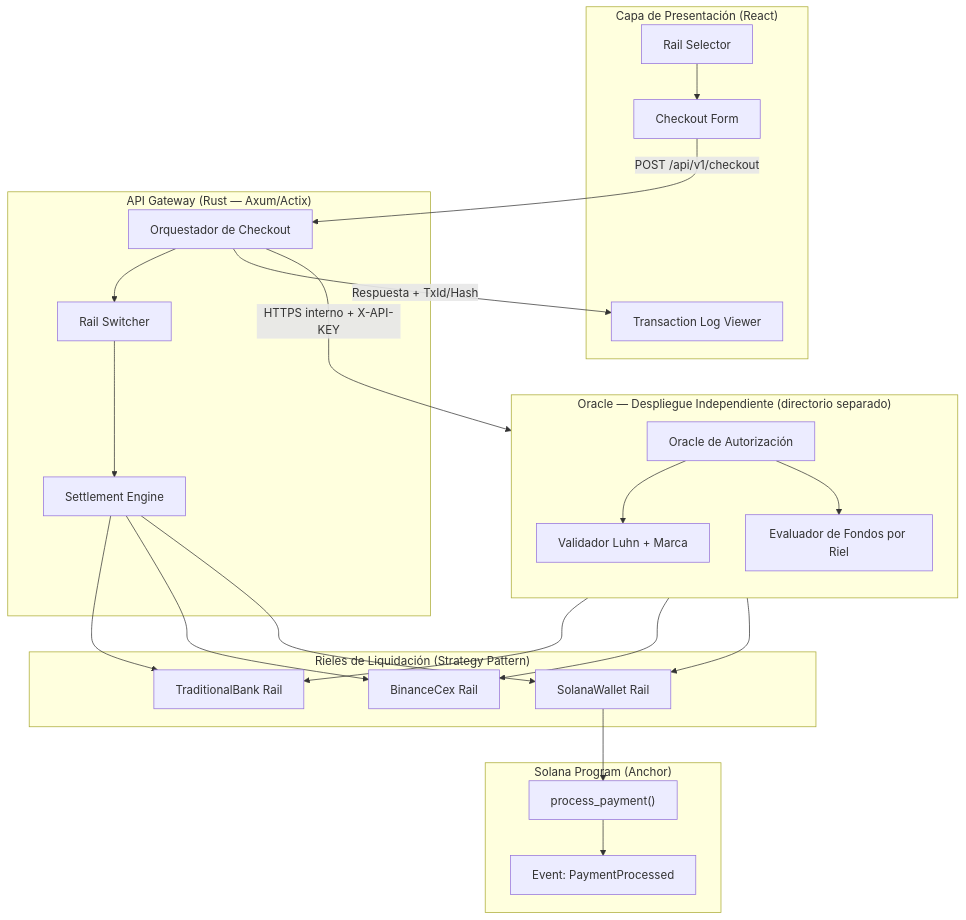
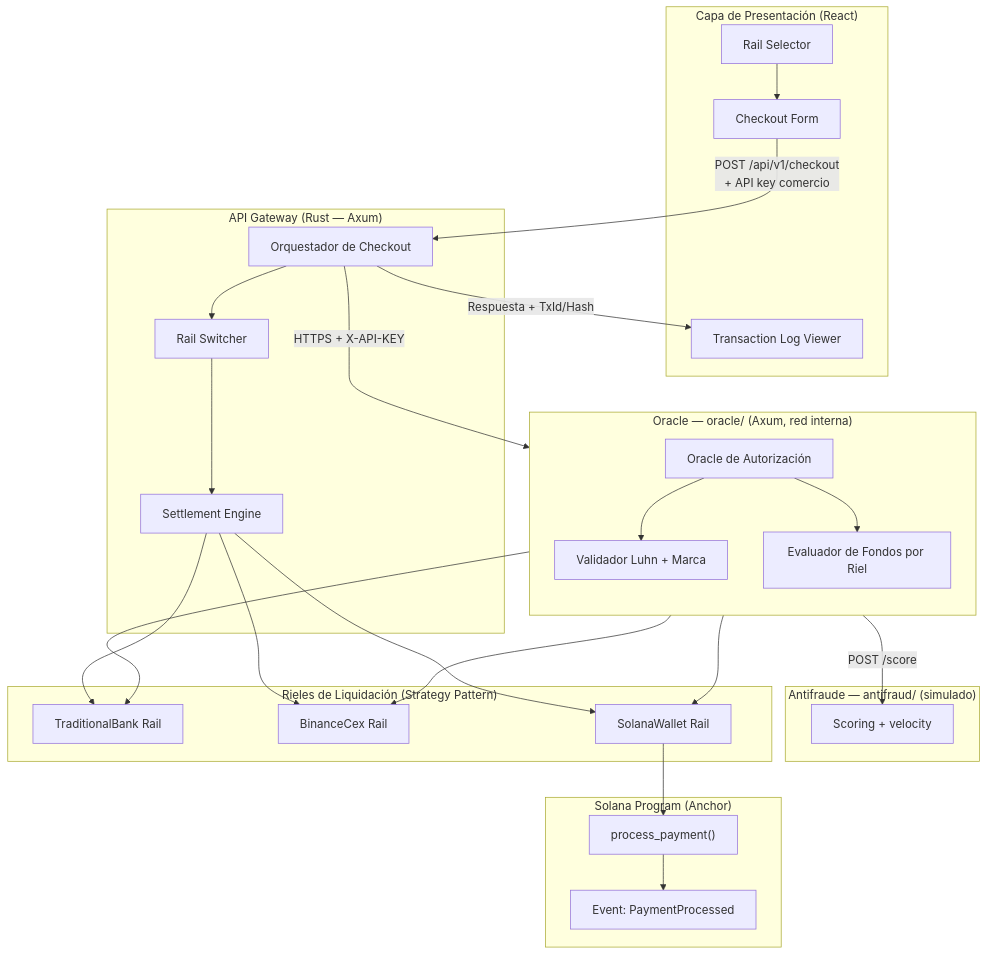
Before and after one commit to rastrahm/pasarela: the first of 6 diagrams in Doc/Arquitectura.md, drawn with Mermaid. The commit also changed other lines of this file and 4 other files, not shown here.

````diff
--- a/Doc/Arquitectura.md
+++ b/Doc/Arquitectura.md
@@ -63,49 +64,54 @@
 ```mermaid
 flowchart TB
     subgraph Frontend["Capa de Presentación (React)"]
         Checkout["Checkout Form"]
         RailSelector["Rail Selector"]
         TxViewer["Transaction Log Viewer"]
     end
 
-    subgraph Gateway["API Gateway (Rust — Axum/Actix)"]
+    subgraph Gateway["API Gateway (Rust — Axum)"]
         Orchestrator["Orquestador de Checkout"]
         SettlementEngine["Settlement Engine"]
         RailSwitcher["Rail Switcher"]
     end
 
-    subgraph OracleDeploy["Oracle — Despliegue Independiente (directorio separado)"]
+    subgraph OracleDeploy["Oracle — oracle/ (Axum, red interna)"]
         direction TB
         Oracle["Oracle de Autorización"]
         LuhnValidator["Validador Luhn + Marca"]
         FundEvaluator["Evaluador de Fondos por Riel"]
         Oracle --> LuhnValidator
         Oracle --> FundEvaluator
+    end
+
+    subgraph AntifraudSvc["Antifraude — antifraud/ (simulado)"]
+        FraudEngine["Scoring + velocity"]
     end
 
     subgraph Rails["Rieles de Liquidación (Strategy Pattern)"]
         BankRail["TraditionalBank Rail"]
         BinanceRail["BinanceCex Rail"]
         SolanaRail["SolanaWallet Rail"]
     end
 
     subgraph OnChain["Solana Program (Anchor)"]
         ProcessPayment["process_payment()"]
         PaymentProcessed["Event: PaymentProcessed"]
     end
 
-    Checkout -->|POST /api/v1/checkout| Orchestrator
+    Checkout -->|"POST /api/v1/checkout\n+ API key comercio"| Orchestrator
     RailSelector --> Checkout
-    Orchestrator -->|"HTTPS interno + X-API-KEY"| Oracle
+    Orchestrator -->|"HTTPS + X-API-KEY"| Oracle
+    Oracle -->|"POST /score"| FraudEngine
     Orchestrator --> RailSwitcher
     RailSwitcher --> SettlementEngine
     SettlementEngine --> BankRail
     SettlementEngine --> BinanceRail
     SettlementEngine --> SolanaRail
     SolanaRail --> ProcessPayment
     ProcessPayment --> PaymentProcessed
     Orchestrator -->|Respuesta + TxId/Hash| TxViewer
     FundEvaluator --> BankRail
     FundEvaluator --> BinanceRail
     FundEvaluator --> SolanaRail
 ```
````
